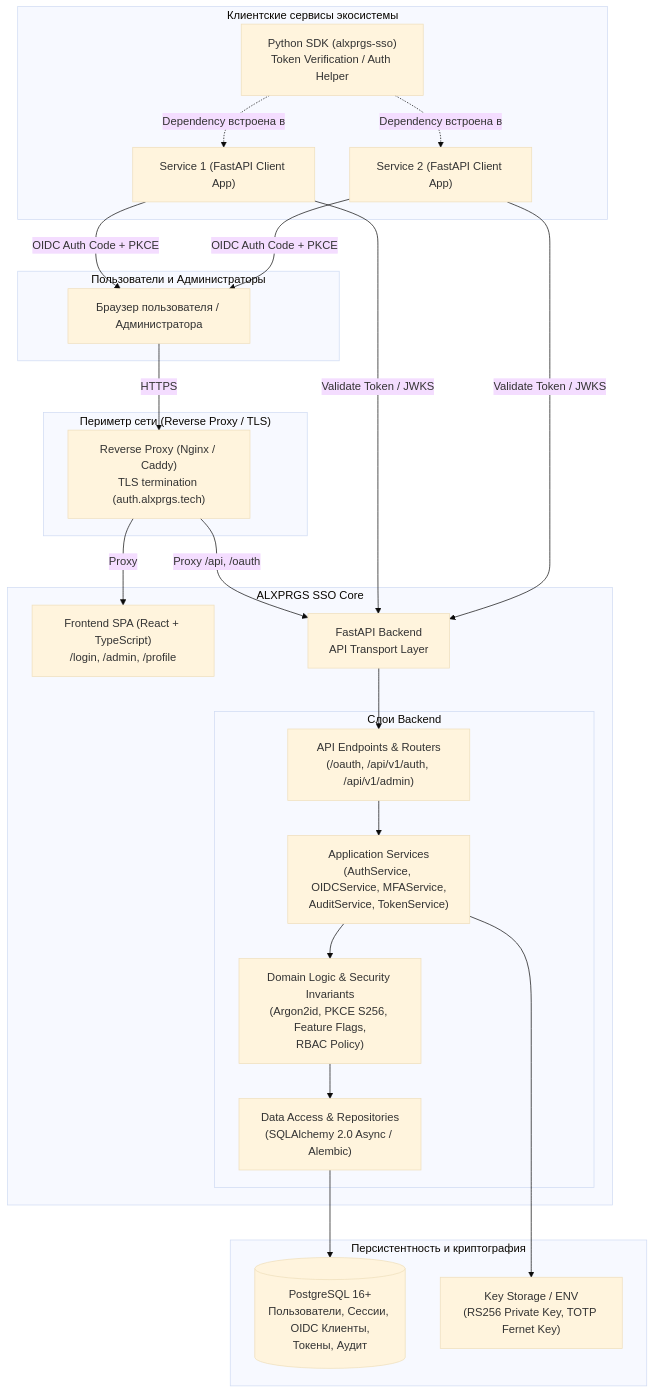
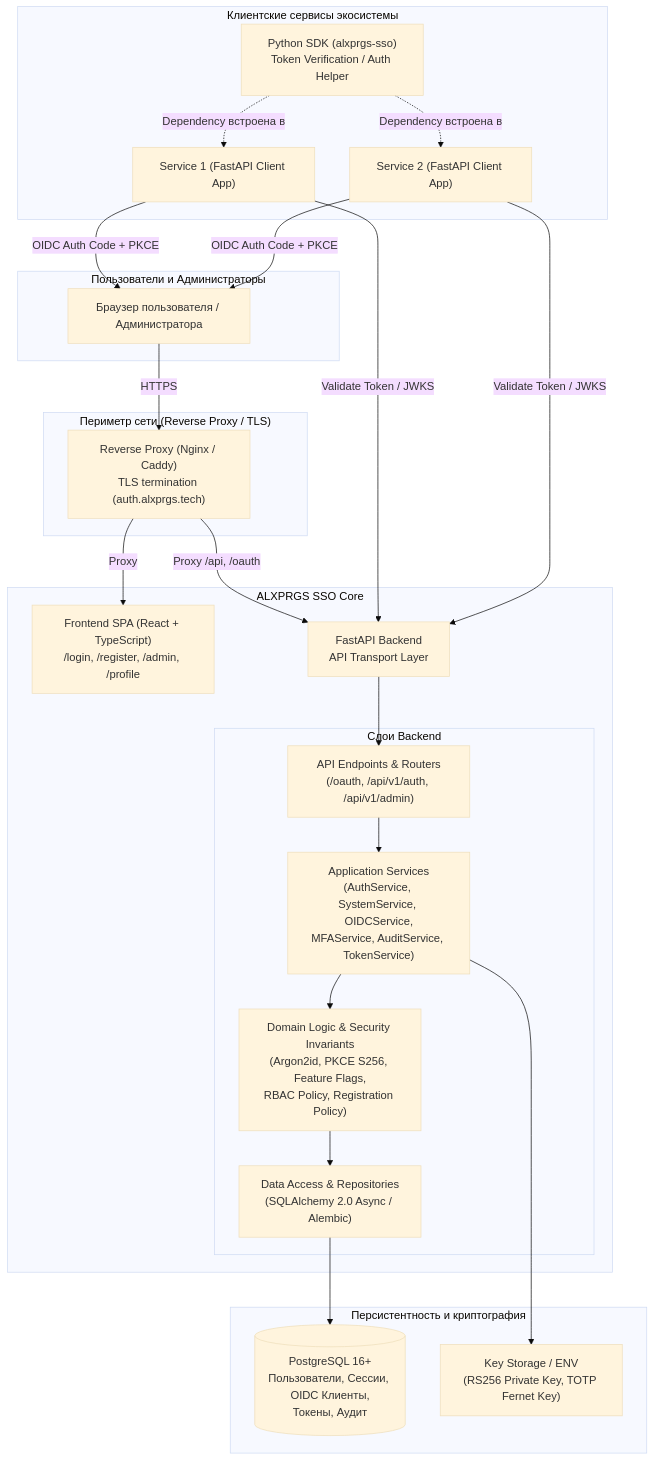
Before and after one commit to alxprgstech/sso: the first of 2 diagrams in docs/architecture.md, drawn with Mermaid (base theme). The commit also changed 101 other files, not shown here.

````diff
--- a/docs/architecture.md
+++ b/docs/architecture.md
@@ -23,50 +23,50 @@
 ```mermaid
 flowchart TB
     subgraph Users ["Пользователи и Администраторы"]
         Browser["Браузер пользователя / Администратора"]
     end
 
     subgraph Edge ["Периметр сети (Reverse Proxy / TLS)"]
         Nginx["Reverse Proxy (Nginx / Caddy)\nTLS termination (auth.alxprgs.tech)"]
     end
 
     subgraph SSOSystem ["ALXPRGS SSO Core"]
-        Frontend["Frontend SPA (React + TypeScript)\n/login, /admin, /profile"]
+        Frontend["Frontend SPA (React + TypeScript)\n/login, /register, /admin, /profile"]
         BackendAPI["FastAPI Backend\nAPI Transport Layer"]
         
         subgraph AppLayers ["Слои Backend"]
             Transport["API Endpoints & Routers\n(/oauth, /api/v1/auth, /api/v1/admin)"]
-            Services["Application Services\n(AuthService, OIDCService, MFAService,\nAuditService, TokenService)"]
-            Domain["Domain Logic & Security Invariants\n(Argon2id, PKCE S256, Feature Flags,\nRBAC Policy)"]
+            Services["Application Services\n(AuthService, SystemService, OIDCService,\nMFAService, AuditService, TokenService)"]
+            Domain["Domain Logic & Security Invariants\n(Argon2id, PKCE S256, Feature Flags,\nRBAC Policy, Registration Policy)"]
             DataLayer["Data Access & Repositories\n(SQLAlchemy 2.0 Async / Alembic)"]
         end
     end
 
     subgraph Storage ["Персистентность и криптография"]
         Postgres[(PostgreSQL 16+\nПользователи, Сессии, OIDC Клиенты,\nТокены, Аудит)]
         KeyStore["Key Storage / ENV\n(RS256 Private Key, TOTP Fernet Key)"]
     end
 
     subgraph RelyingParties ["Клиентские сервисы экосистемы"]
         ClientApp1["Service 1 (FastAPI Client App)"]
         ClientApp2["Service 2 (FastAPI Client App)"]
         PythonSDK["Python SDK (alxprgs-sso)\nToken Verification / Auth Helper"]
     end
 
     Browser -->|HTTPS| Nginx
     Nginx -->|Proxy| Frontend
     Nginx -->|Proxy /api, /oauth| BackendAPI
     BackendAPI --> Transport
     Transport --> Services
     Services --> Domain
     Domain --> DataLayer
     DataLayer --> Postgres
     Services --> KeyStore
 
     ClientApp1 -->|OIDC Auth Code + PKCE| Browser
     ClientApp2 -->|OIDC Auth Code + PKCE| Browser
     ClientApp1 -->|Validate Token / JWKS| BackendAPI
     ClientApp2 -->|Validate Token / JWKS| BackendAPI
     PythonSDK -.->|Dependency встроена в| ClientApp1
     PythonSDK -.->|Dependency встроена в| ClientApp2
 ```
````
